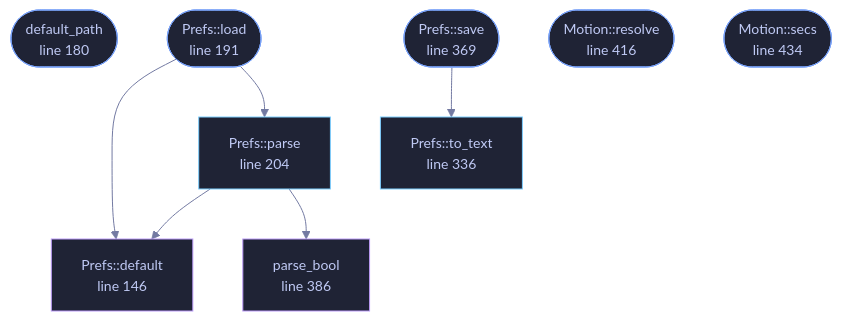
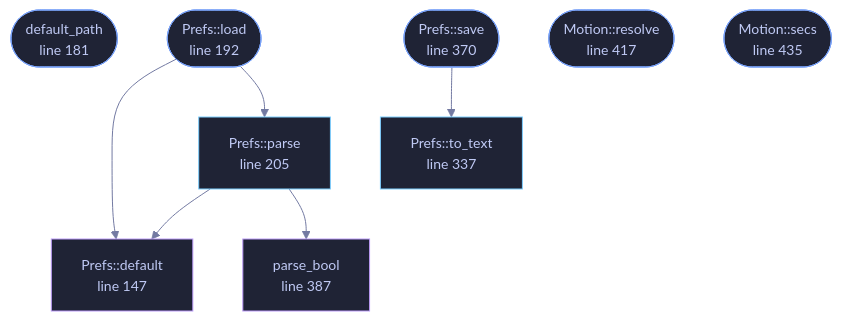
Before and after one commit to tilas01/veilvoice: the diagram in docs/files/veilvoice-gui/prefs.md, drawn with Mermaid. The commit also changed other lines of this file and 102 other files, not shown here.

````diff
--- a/docs/files/veilvoice-gui/prefs.md
+++ b/docs/files/veilvoice-gui/prefs.md
@@ -109,33 +109,33 @@
 ```mermaid
 %%{init: {"theme":"base","themeVariables":{"background":"#1a1b26","primaryColor":"#1f2335","primaryTextColor":"#c0caf5","primaryBorderColor":"#7aa2f7","secondaryColor":"#16161e","tertiaryColor":"#16161e","lineColor":"#737aa2","textColor":"#c0caf5","mainBkg":"#1f2335","nodeBorder":"#7aa2f7","clusterBkg":"#16161e","clusterBorder":"#2f3549","fontFamily":"ui-monospace, SFMono-Regular, Consolas, monospace","fontSize":"14px"}}}%%
 flowchart TD
-    n_default["Prefs::default<br/>line 146"]
-    n_default_path(["default_path<br/>line 180"])
-    n_load(["Prefs::load<br/>line 191"])
-    n_parse["Prefs::parse<br/>line 204"]
-    n_to_text["Prefs::to_text<br/>line 336"]
-    n_save(["Prefs::save<br/>line 369"])
-    n_parse_bool["parse_bool<br/>line 386"]
-    n_resolve(["Motion::resolve<br/>line 416"])
-    n_secs(["Motion::secs<br/>line 434"])
+    n_default["Prefs::default<br/>line 147"]
+    n_default_path(["default_path<br/>line 181"])
+    n_load(["Prefs::load<br/>line 192"])
+    n_parse["Prefs::parse<br/>line 205"]
+    n_to_text["Prefs::to_text<br/>line 337"]
+    n_save(["Prefs::save<br/>line 370"])
+    n_parse_bool["parse_bool<br/>line 387"]
+    n_resolve(["Motion::resolve<br/>line 417"])
+    n_secs(["Motion::secs<br/>line 435"])
     n_load --> n_default
     n_load --> n_parse
     n_parse --> n_default
     n_parse --> n_parse_bool
     n_save --> n_to_text
-    click n_default href "https://github.com/tilas01/veilvoice/blob/main/crates/veilvoice-gui/src/prefs.rs#L146" "open the source"
-    click n_default_path href "https://github.com/tilas01/veilvoice/blob/main/crates/veilvoice-gui/src/prefs.rs#L180" "open the source"
-    click n_load href "https://github.com/tilas01/veilvoice/blob/main/crates/veilvoice-gui/src/prefs.rs#L191" "open the source"
-    click n_parse href "https://github.com/tilas01/veilvoice/blob/main/crates/veilvoice-gui/src/prefs.rs#L204" "open the source"
-    click n_to_text href "https://github.com/tilas01/veilvoice/blob/main/crates/veilvoice-gui/src/prefs.rs#L336" "open the source"
-    click n_save href "https://github.com/tilas01/veilvoice/blob/main/crates/veilvoice-gui/src/prefs.rs#L369" "open the source"
-    click n_parse_bool href "https://github.com/tilas01/veilvoice/blob/main/crates/veilvoice-gui/src/prefs.rs#L386" "open the source"
-    click n_resolve href "https://github.com/tilas01/veilvoice/blob/main/crates/veilvoice-gui/src/prefs.rs#L416" "open the source"
-    click n_secs href "https://github.com/tilas01/veilvoice/blob/main/crates/veilvoice-gui/src/prefs.rs#L434" "open the source"
+    click n_default href "https://github.com/tilas01/veilvoice/blob/main/crates/veilvoice-gui/src/prefs.rs#L147" "open the source"
+    click n_default_path href "https://github.com/tilas01/veilvoice/blob/main/crates/veilvoice-gui/src/prefs.rs#L181" "open the source"
+    click n_load href "https://github.com/tilas01/veilvoice/blob/main/crates/veilvoice-gui/src/prefs.rs#L192" "open the source"
+    click n_parse href "https://github.com/tilas01/veilvoice/blob/main/crates/veilvoice-gui/src/prefs.rs#L205" "open the source"
+    click n_to_text href "https://github.com/tilas01/veilvoice/blob/main/crates/veilvoice-gui/src/prefs.rs#L337" "open the source"
+    click n_save href "https://github.com/tilas01/veilvoice/blob/main/crates/veilvoice-gui/src/prefs.rs#L370" "open the source"
+    click n_parse_bool href "https://github.com/tilas01/veilvoice/blob/main/crates/veilvoice-gui/src/prefs.rs#L387" "open the source"
+    click n_resolve href "https://github.com/tilas01/veilvoice/blob/main/crates/veilvoice-gui/src/prefs.rs#L417" "open the source"
+    click n_secs href "https://github.com/tilas01/veilvoice/blob/main/crates/veilvoice-gui/src/prefs.rs#L435" "open the source"
     classDef entry fill:#1f2335,stroke:#7aa2f7,color:#c0caf5
     class n_default_path,n_load,n_save,n_resolve,n_secs entry
     classDef api fill:#1f2335,stroke:#7dcfff,color:#c0caf5
     class n_parse,n_to_text api
     classDef helper fill:#1f2335,stroke:#bb9af7,color:#c0caf5
     class n_default,n_parse_bool helper
 ```
````
